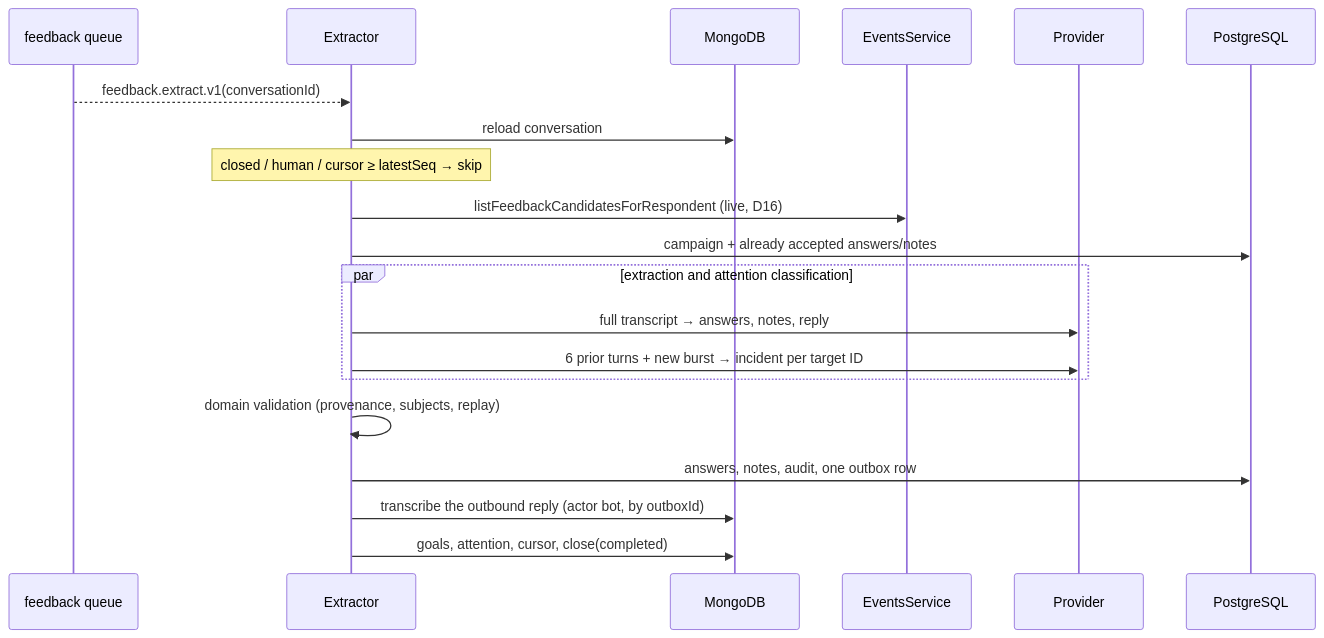
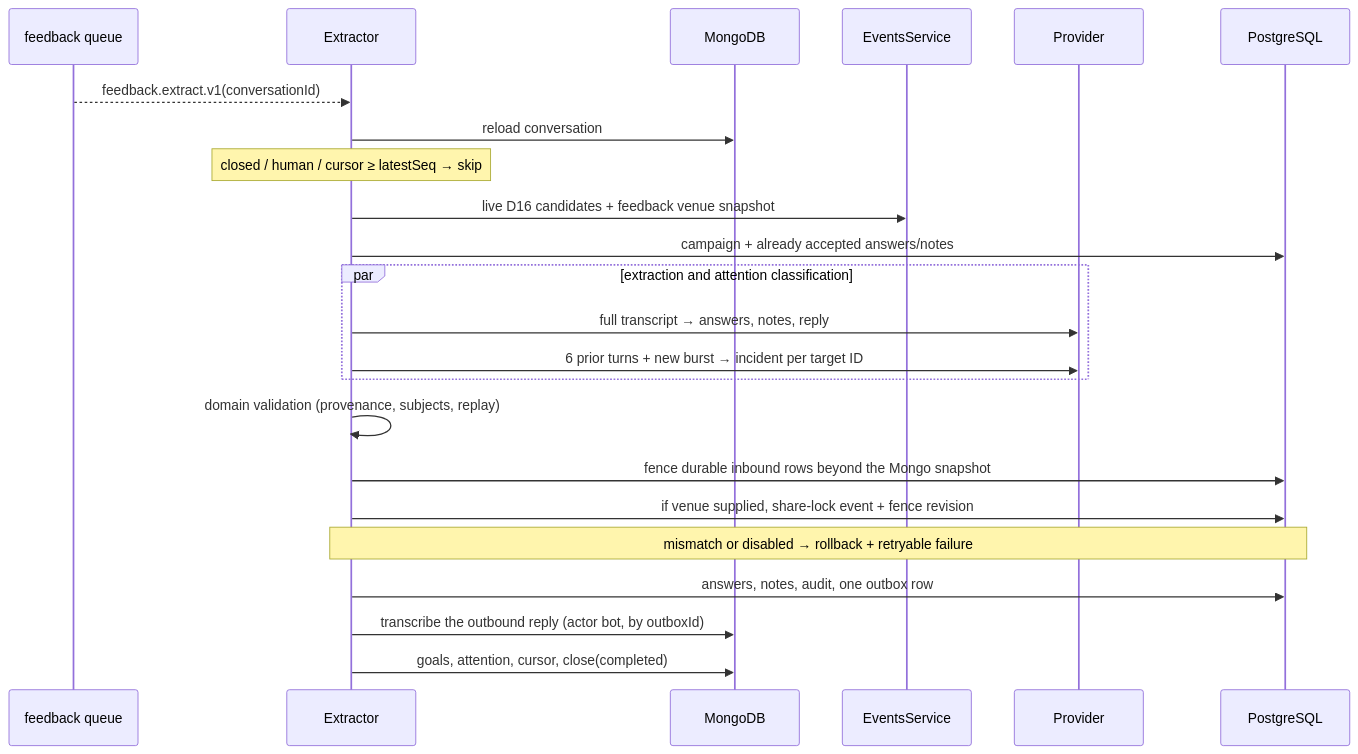
One commit to johnakisk0700/slopform changed the second of 5 diagrams in docs/backend/modules/post-event-feedback.md. Above: the diagram before and after it, drawn with Mermaid. The commit also changed other lines of this file and 248 other files, not shown here.

````diff
--- a/docs/backend/modules/post-event-feedback.md
+++ b/docs/backend/modules/post-event-feedback.md
@@ -385,23 +459,26 @@
 ```mermaid
 sequenceDiagram
   participant Queue as feedback queue
   participant Run as Extractor
   participant Mongo as MongoDB
   participant Events as EventsService
   participant Model as Provider
   participant PG as PostgreSQL
 
   Queue-->>Run: feedback.extract.v1(conversationId)
   Run->>Mongo: reload conversation
   Note over Run: closed / human / cursor ≥ latestSeq → skip
-  Run->>Events: listFeedbackCandidatesForRespondent (live, D16)
+  Run->>Events: live D16 candidates + feedback venue snapshot
   Run->>PG: campaign + already accepted answers/notes
   par extraction and attention classification
     Run->>Model: full transcript → answers, notes, reply
     Run->>Model: 6 prior turns + new burst → incident per target ID
   end
   Run->>Run: domain validation (provenance, subjects, replay)
+  Run->>PG: fence durable inbound rows beyond the Mongo snapshot
+  Run->>PG: if venue supplied, share-lock event + fence revision
+  Note over Run,PG: mismatch or disabled → rollback + retryable failure
   Run->>PG: answers, notes, audit, one outbox row
   Run->>Mongo: transcribe the outbound reply (actor bot, by outboxId)
   Run->>Mongo: goals, attention, cursor, close(completed)
 ```
````
